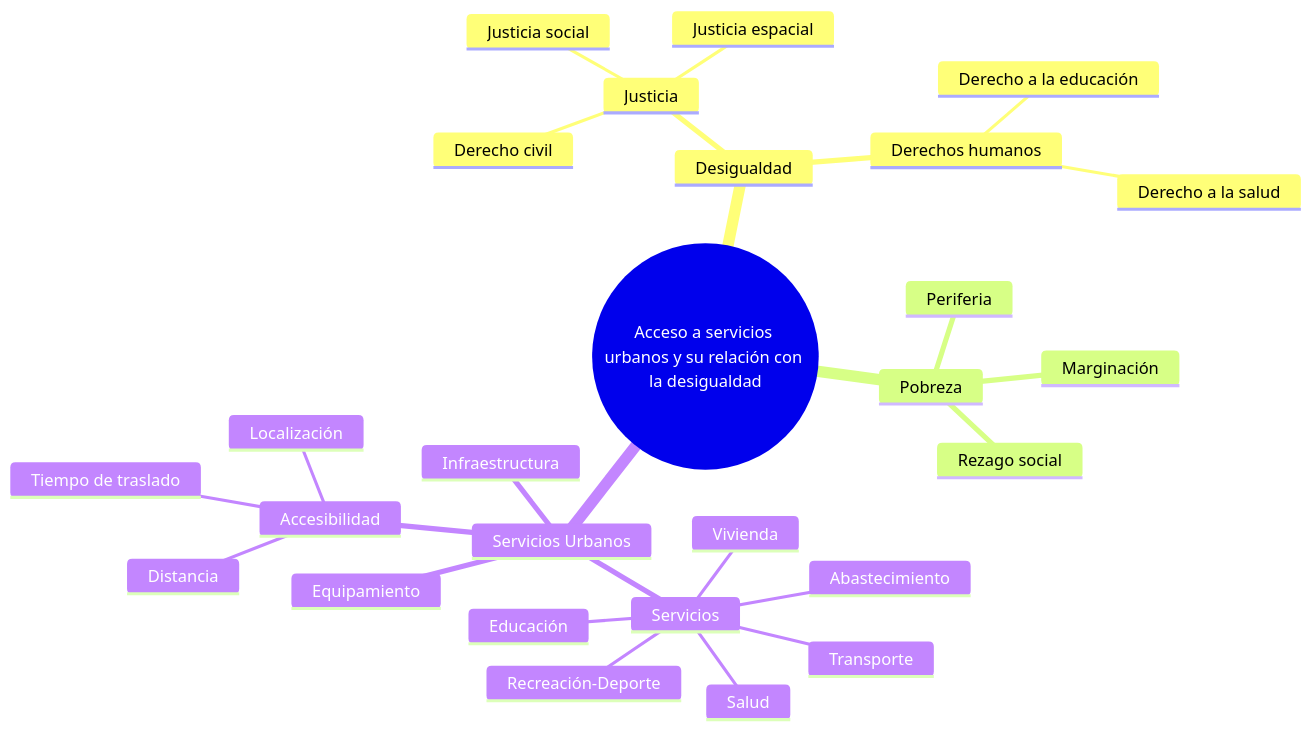
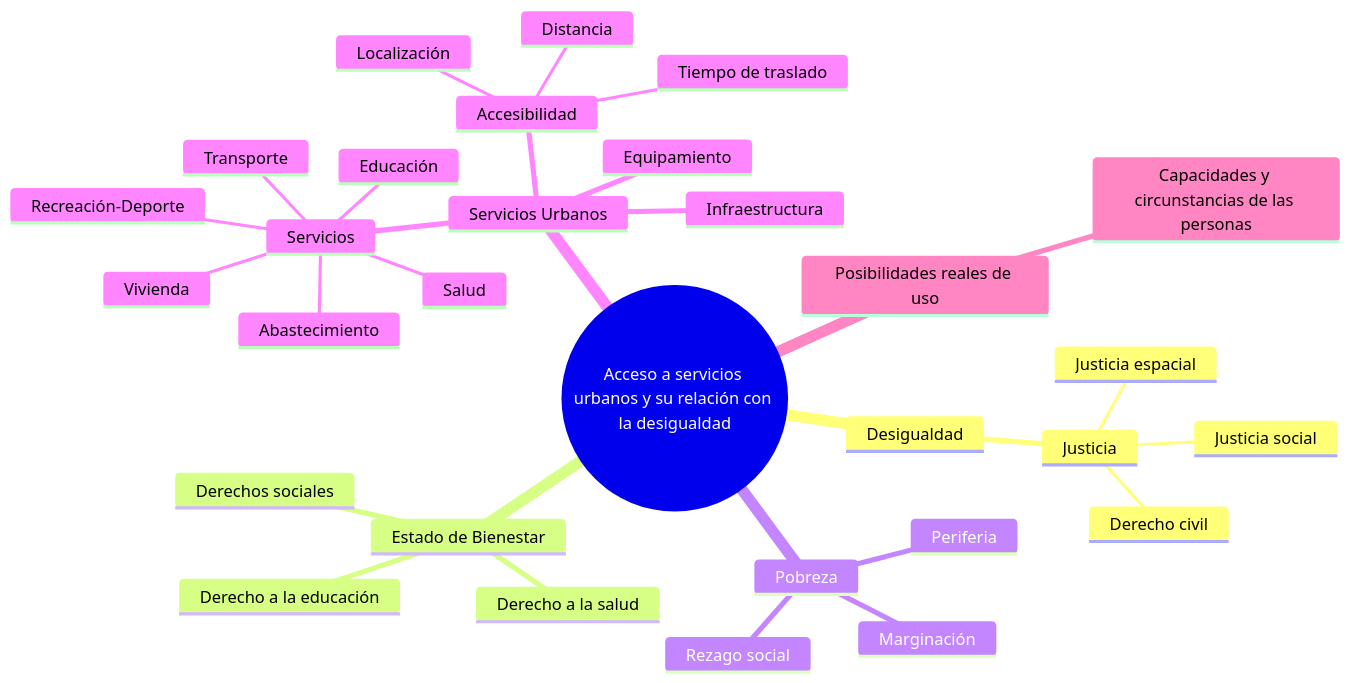
Before and after one commit to isarivg/esquema_marco_teorico: the diagram in principal.md, drawn with Mermaid.

````diff
--- a/principal.md
+++ b/principal.md
@@ -1,30 +1,33 @@
 ```mermaid
 mindmap
   root((Acceso a servicios urbanos y su relación con la desigualdad))
     Desigualdad
       Justicia
         Derecho civil
         Justicia social
         Justicia espacial
-      Derechos humanos
+    Estado de Bienestar
+        Derechos sociales
         Derecho a la salud
         Derecho a la educación
     Pobreza
       Rezago social
       Periferia
       Marginación
     Servicios Urbanos
       Equipamiento
       Infraestructura
       Servicios
         Vivienda
         Salud
         Educación
         Abastecimiento
         Recreación-Deporte
         Transporte
       Accesibilidad
         Distancia
         Tiempo de traslado
         Localización
+    Posibilidades reales de uso
+        Capacidades y circunstancias de las personas
 ```
````
